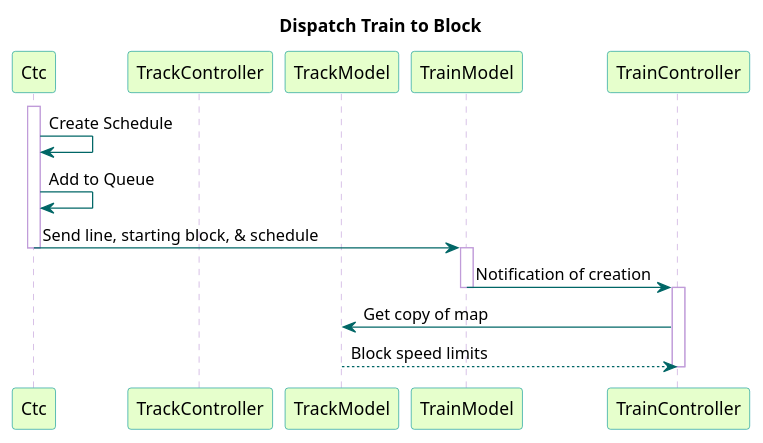
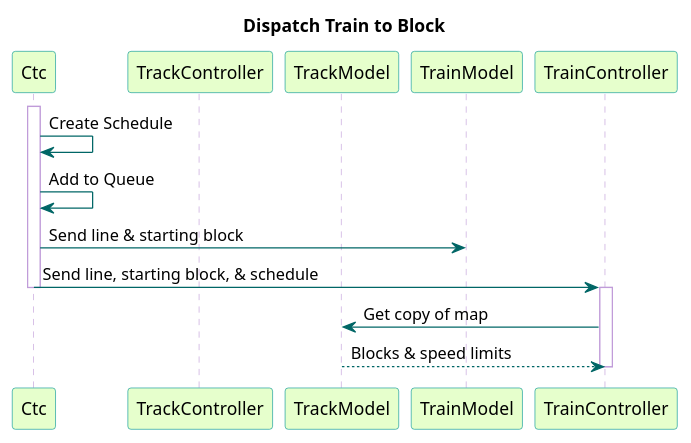
The diagram in TrainSystem/yUML/Sequence Diagrams/Overall/DispatchTrain.pu (kevingilboy/COE1186), drawn with PlantUML before and after one commit.

Commit message:
Updated Dispatch Train diagram

```diff
--- a/TrainSystem/yUML/Sequence Diagrams/Overall/DispatchTrain.pu
+++ b/TrainSystem/yUML/Sequence Diagrams/Overall/DispatchTrain.pu
@@ -1,34 +1,31 @@
 @startuml
 
 title Dispatch Train to Block
 
 skinparam sequence {
   BackgroundColor transparent
   ParticipantBackgroundColor #e6ffcc
   ParticipantBorderColor 	#049595
   PackageBorderCOlor  #049595
   ArrowColor #006666
   LifeLineBorderColor #c09cd9
 }
 
 participant Ctc
 participant TrackController
 participant TrackModel
 participant TrainModel
 
 activate Ctc
 Ctc -> Ctc : Create Schedule
 Ctc -> Ctc : Add to Queue
-Ctc -> TrainModel : Send line, starting block, & schedule
+Ctc -> TrainModel : Send line & starting block
+Ctc -> TrainController : Send line, starting block, & schedule
 deactivate Ctc
-
-activate TrainModel
-TrainModel -> TrainController : Notification of creation
-deactivate TrainModel
 
 activate TrainController
 TrainController -> TrackModel : Get copy of map
-TrackModel --> TrainController : Block speed limits
+TrackModel --> TrainController : Blocks & speed limits
 deactivate TrainController
 
 @enduml
```
